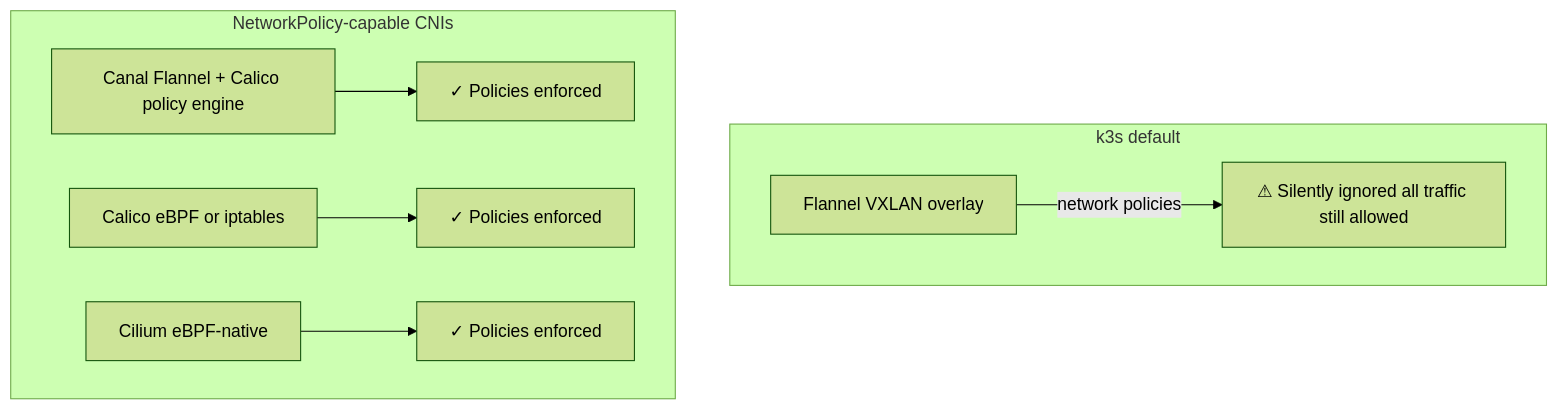
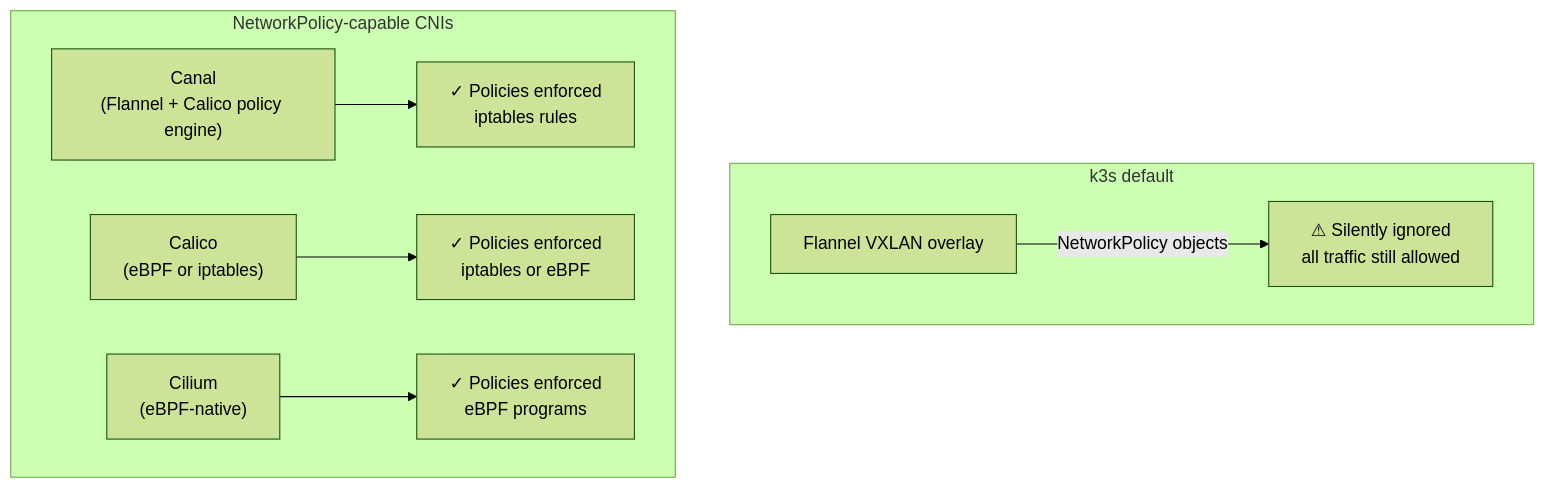
The fifth of 7 diagrams in 09_security/02_network_policies.md (UncleJS/course_k3s), drawn with Mermaid (forest theme) before and after one commit. The commit also changed other lines of this file and 45 other files, not shown here.

First line of the commit message:
Expand all course lessons: Mermaid diagrams + rich prose across 43 files

````diff
--- a/09_security/02_network_policies.md
+++ b/09_security/02_network_policies.md
@@ -137,16 +627,16 @@
 ```mermaid
 flowchart TD
     subgraph "k3s default"
-        FL[Flannel VXLAN overlay]
-        FL -->|network policies| IGNORED[⚠ Silently ignored all traffic still allowed]
+        FL["Flannel VXLAN overlay"]
+        FL -->|"NetworkPolicy objects"| IGNORED["⚠ Silently ignored<br/>all traffic still allowed"]
     end
 
     subgraph "NetworkPolicy-capable CNIs"
-        CA[Canal Flannel + Calico policy engine]
-        CALC[Calico eBPF or iptables]
-        CIL[Cilium eBPF-native]
-        CA --> ENFORCED1[✓ Policies enforced]
-        CALC --> ENFORCED2[✓ Policies enforced]
-        CIL --> ENFORCED3[✓ Policies enforced]
+        CA["Canal<br/>(Flannel + Calico policy engine)"]
+        CALC["Calico<br/>(eBPF or iptables)"]
+        CIL["Cilium<br/>(eBPF-native)"]
+        CA --> ENFORCED1["✓ Policies enforced<br/>iptables rules"]
+        CALC --> ENFORCED2["✓ Policies enforced<br/>iptables or eBPF"]
+        CIL --> ENFORCED3["✓ Policies enforced<br/>eBPF programs"]
     end
 ```
````
